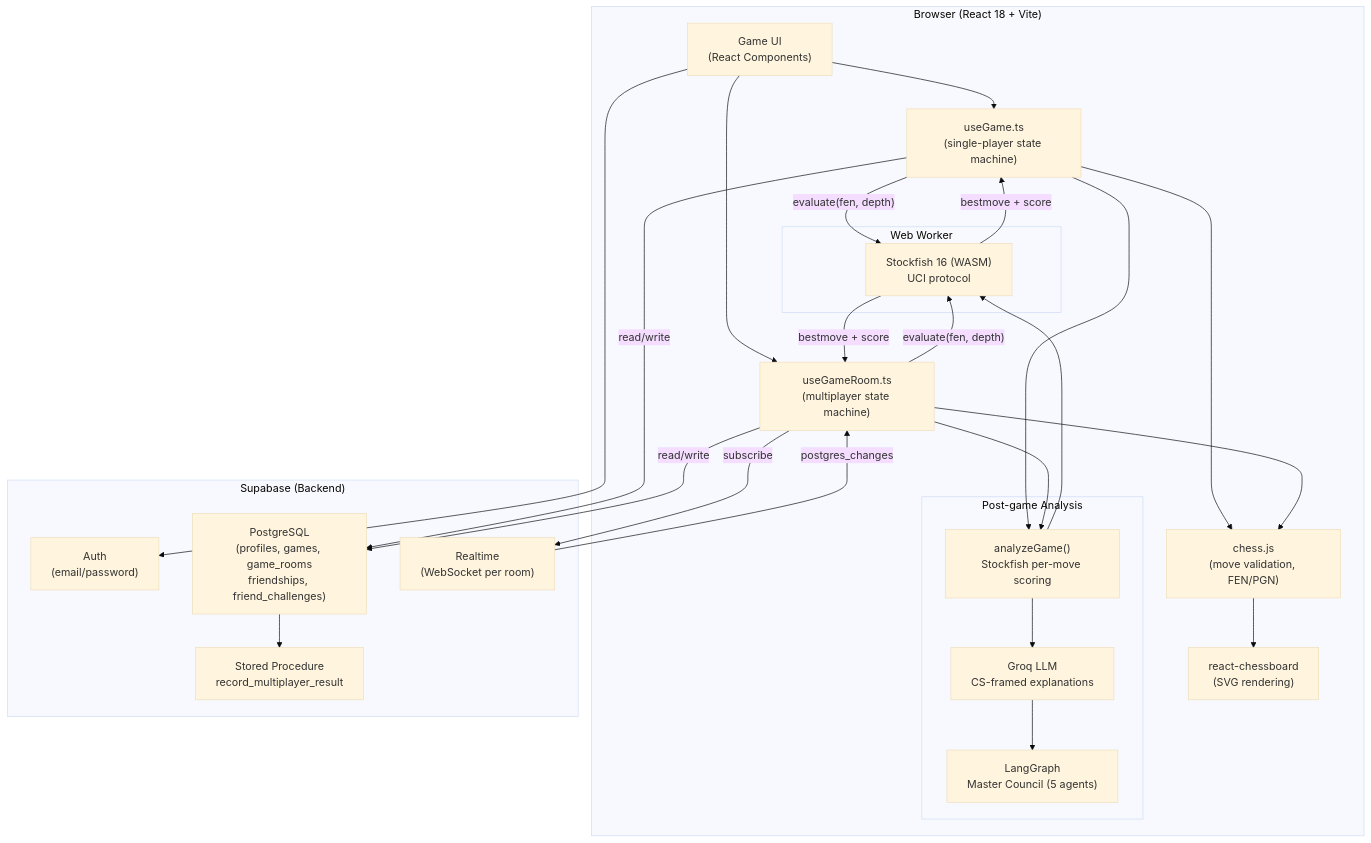
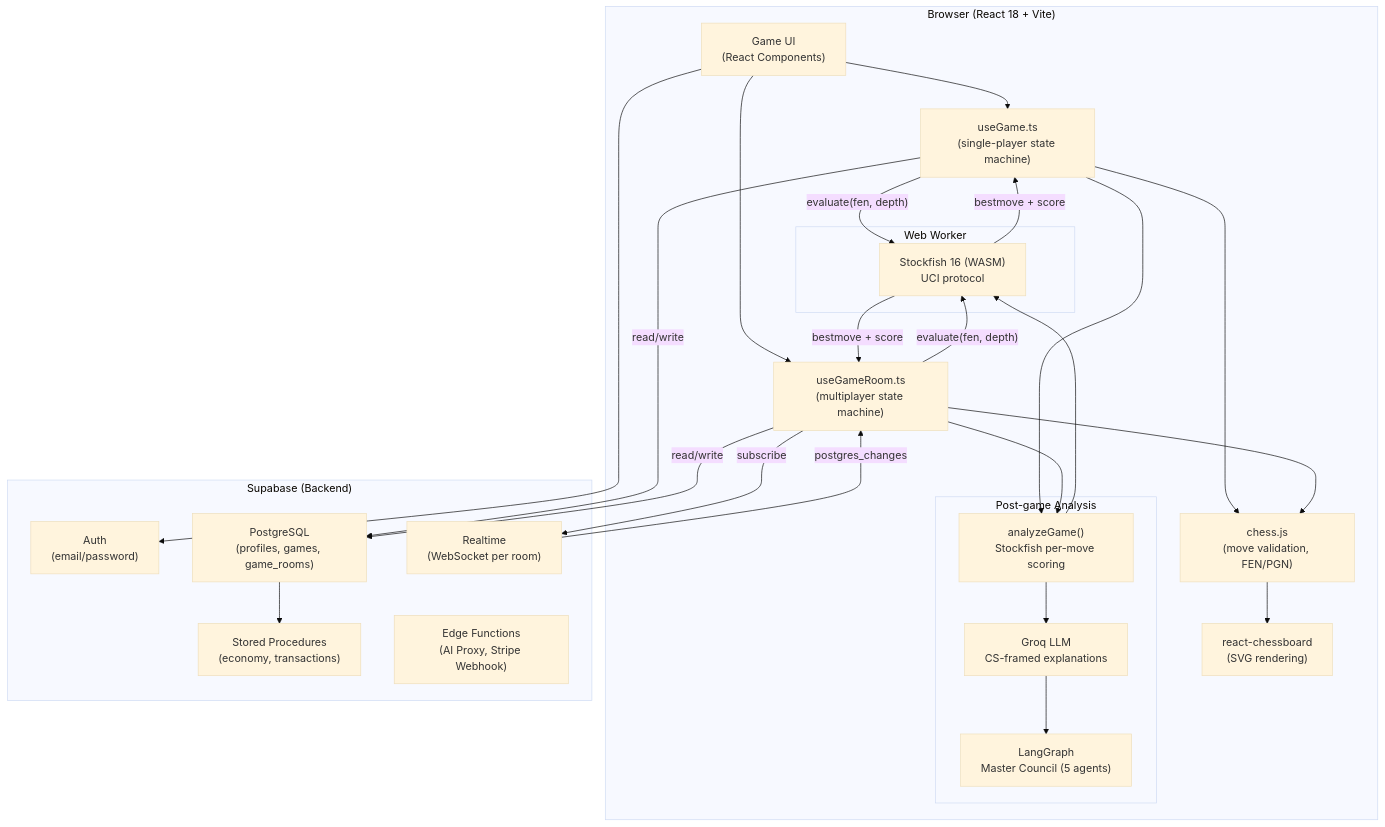
One commit to n6s8/nfac-chess changed the first of 7 diagrams in README.md. Above: the diagram before and after it, drawn with Mermaid (base theme). The commit also changed other lines of this file, not shown here.

Commit message:
docs: update readme with stripe monetization and secure edge functions architecture

````diff
--- a/README.md
+++ b/README.md
@@ -43,48 +47,49 @@
 ```mermaid
 flowchart TD
     subgraph Browser["Browser (React 18 + Vite)"]
         UI["Game UI\n(React Components)"]
         Hook_SP["useGame.ts\n(single-player state machine)"]
         Hook_MP["useGameRoom.ts\n(multiplayer state machine)"]
         ChessJS["chess.js\n(move validation, FEN/PGN)"]
         Board["react-chessboard\n(SVG rendering)"]
 
         subgraph Worker["Web Worker"]
             SF["Stockfish 16 (WASM)\nUCI protocol"]
         end
 
         subgraph Analysis["Post-game Analysis"]
             AP["analyzeGame()\nStockfish per-move scoring"]
             LLM1["Groq LLM\nCS-framed explanations"]
             Council["LangGraph\nMaster Council (5 agents)"]
         end
     end
 
     subgraph Supabase["Supabase (Backend)"]
         Auth["Auth\n(email/password)"]
-        DB["PostgreSQL\n(profiles, games, game_rooms\nfriendships, friend_challenges)"]
+        DB["PostgreSQL\n(profiles, games, game_rooms)"]
         RT["Realtime\n(WebSocket per room)"]
-        RPC["Stored Procedure\nrecord_multiplayer_result"]
+        RPC["Stored Procedures\n(economy, transactions)"]
+        Edge["Edge Functions\n(AI Proxy, Stripe Webhook)"]
     end
 
     UI --> Hook_SP
     UI --> Hook_MP
     Hook_SP --> ChessJS
     Hook_MP --> ChessJS
     ChessJS --> Board
     Hook_SP -- "evaluate(fen, depth)" --> SF
     Hook_MP -- "evaluate(fen, depth)" --> SF
     SF -- "bestmove + score" --> Hook_SP
     SF -- "bestmove + score" --> Hook_MP
     Hook_SP --> AP
     Hook_MP --> AP
     AP --> SF
     AP --> LLM1
     LLM1 --> Council
     Hook_SP -- "read/write" --> DB
     Hook_MP -- "read/write" --> DB
     Hook_MP -- "subscribe" --> RT
     RT -- "postgres_changes" --> Hook_MP
     DB --> RPC
     UI --> Auth
 ```
````
